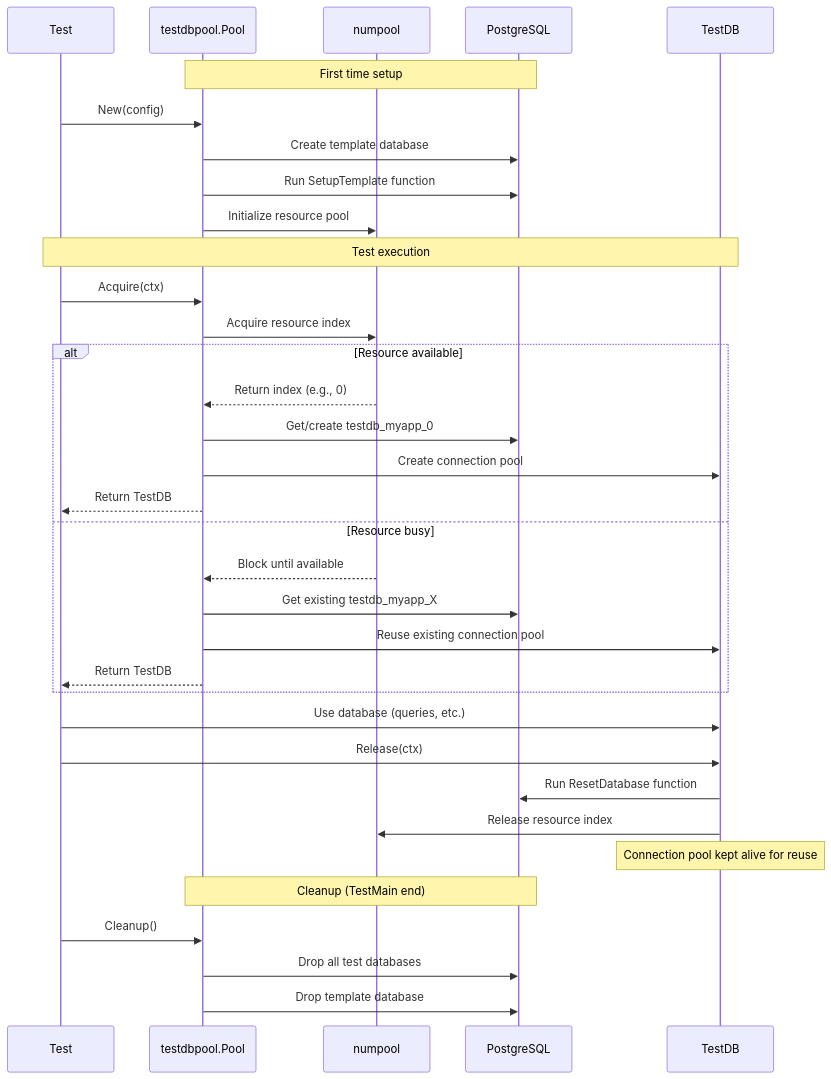
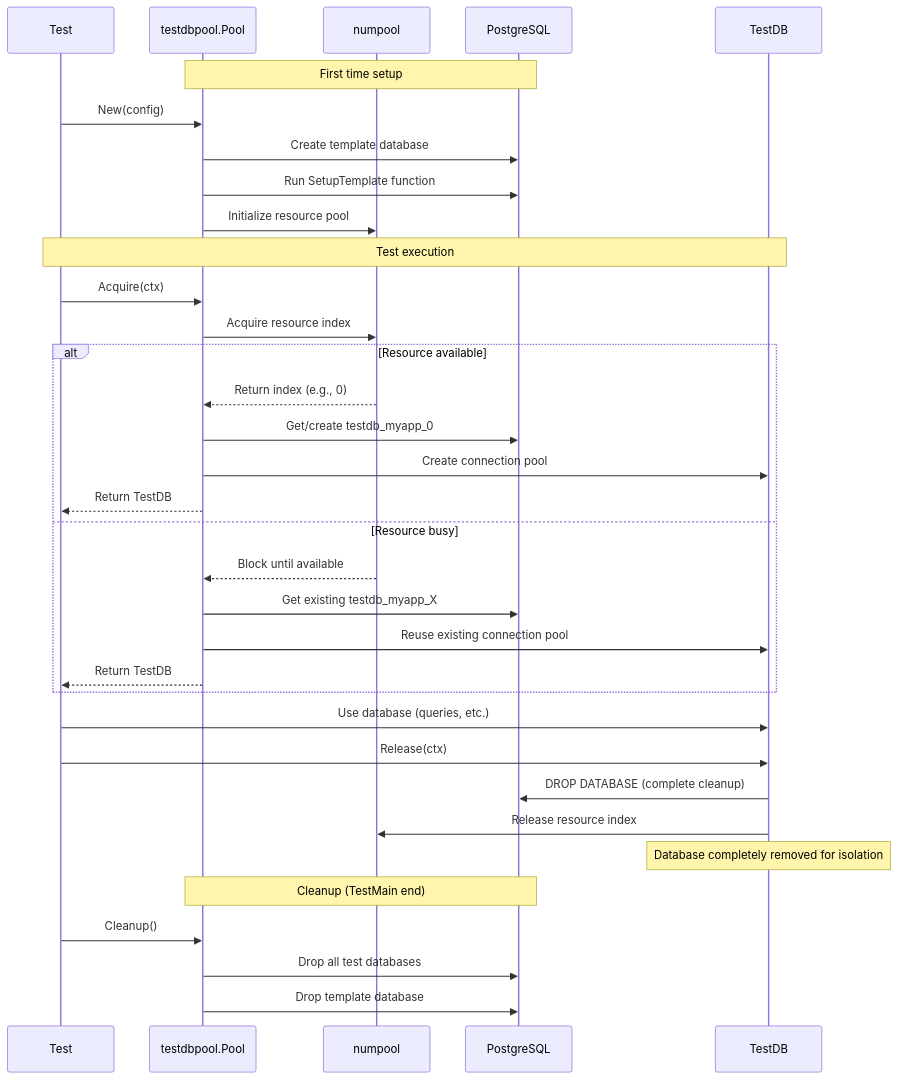
Before and after one commit to yuku/testdbpool: the diagram in README.md, drawn with Mermaid. The commit also changed other lines of this file and 12 other files, not shown here.

First line of the commit message:
Simplify to DROP DATABASE strategy exclusively (#7)

````diff
--- a/README.md
+++ b/README.md
@@ -440,40 +469,40 @@
 ```mermaid
 sequenceDiagram
     participant T as Test
     participant P as testdbpool.Pool
     participant N as numpool
     participant PG as PostgreSQL
     participant TD as TestDB
 
     Note over P,PG: First time setup
     T->>P: New(config)
     P->>PG: Create template database
     P->>PG: Run SetupTemplate function
     P->>N: Initialize resource pool
 
     Note over T,TD: Test execution
     T->>P: Acquire(ctx)
     P->>N: Acquire resource index
     alt Resource available
         N-->>P: Return index (e.g., 0)
         P->>PG: Get/create testdb_myapp_0
         P->>TD: Create connection pool
         P-->>T: Return TestDB
     else Resource busy
         N-->>P: Block until available
         P->>PG: Get existing testdb_myapp_X
         P->>TD: Reuse existing connection pool
         P-->>T: Return TestDB
     end
 
     T->>TD: Use database (queries, etc.)
     T->>TD: Release(ctx)
-    TD->>PG: Run ResetDatabase function
+    TD->>PG: DROP DATABASE (complete cleanup)
     TD->>N: Release resource index
-    Note over TD: Connection pool kept alive for reuse
+    Note over TD: Database completely removed for isolation
 
     Note over P,PG: Cleanup (TestMain end)
     T->>P: Cleanup()
     P->>PG: Drop all test databases
     P->>PG: Drop template database
 ```
````
